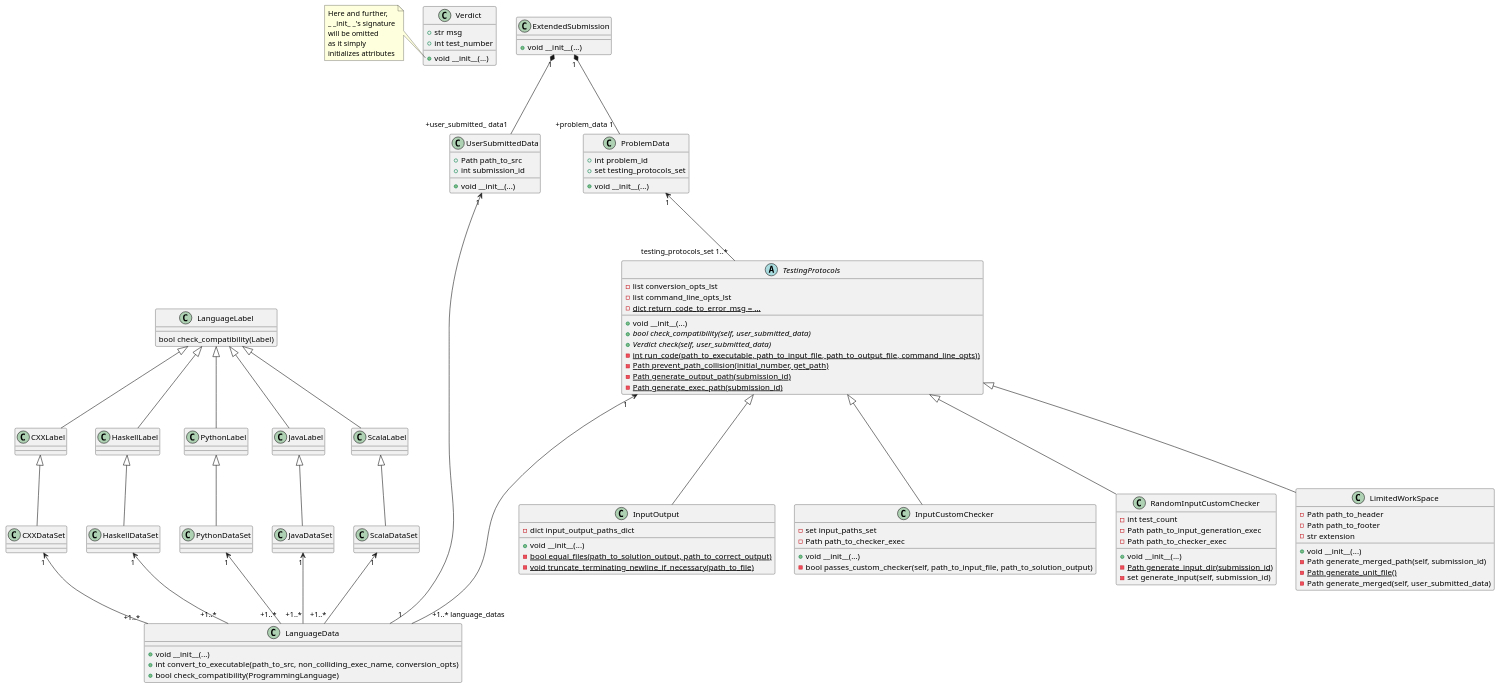
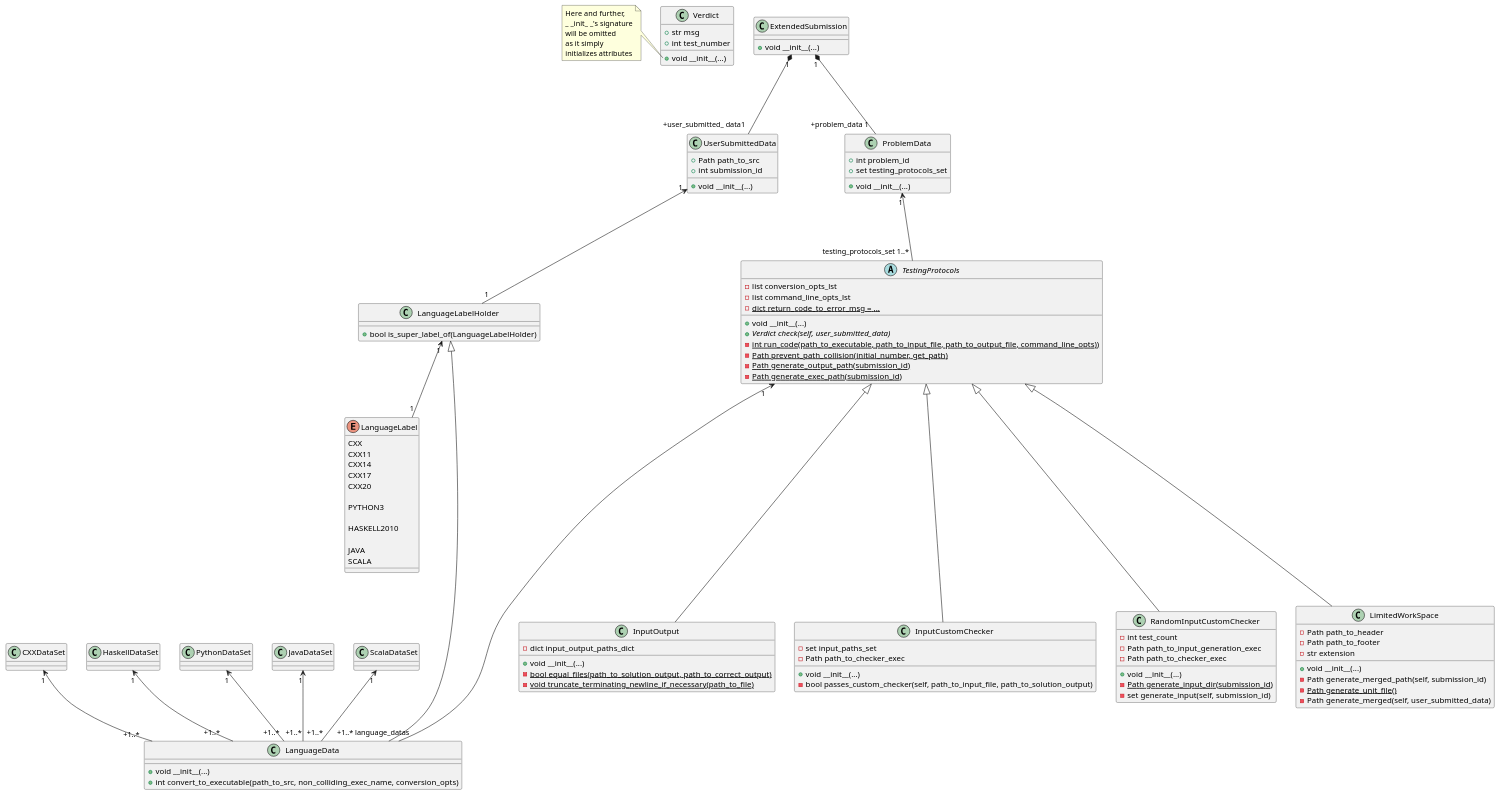
Before and after one commit to IgorZhiltsoff/TPy_project: the diagram in TestingSystem/TestingProtocols/testing_protocols_class_diagram.puml, drawn with PlantUML. The commit also changed 3 other files, not shown here.

```diff
--- a/TestingSystem/TestingProtocols/testing_protocols_class_diagram.puml
+++ b/TestingSystem/TestingProtocols/testing_protocols_class_diagram.puml
@@ -1,159 +1,165 @@
 @startuml
 'https://plantuml.com/class-diagram
+
+skinparam enumFontColour Blue
 
 ' ============================ AUX ============================
 
 class Verdict {
     +str msg
     +int test_number
 
     +void __init__(...)
 }
 note left of Verdict::__init__
 Here and further,
 _ _init_ _'s signature
 will be omitted
 as it simply
 initializes attributes
 end note
 
 
 class UserSubmittedData {
     +Path path_to_src
     +int submission_id
 
     +void __init__(...)
 }
 
+skinparam enum {
+    BackGroundColor Aqua
+}
+
+enum LanguageLabel {
+    CXX
+    CXX11
+    CXX14
+    CXX17
+    CXX20
+
+    PYTHON3
+
+    HASKELL2010
+
+    JAVA
+    SCALA
+}
+
+class LanguageLabelHolder {
+    +bool is_super_label_of(LanguageLabelHolder)
+}
+
+LanguageLabelHolder "1" <-- "1" LanguageLabel
+UserSubmittedData "1" <--- "1" LanguageLabelHolder
+
+
 
 class LanguageData {
         +void __init__(...)
         +int convert_to_executable(path_to_src, non_colliding_exec_name, conversion_opts)
-        +bool check_compatibility(ProgrammingLanguage)
 }
+LanguageLabelHolder <|---- LanguageData
 
-class CXXLabel
 class CXXDataSet
 
-CXXLabel <|-- CXXDataSet
 CXXDataSet "1" <-- "+1..*" LanguageData
 
-class HaskellLabel
 class HaskellDataSet
 
-HaskellLabel <|-- HaskellDataSet
 HaskellDataSet "1" <-- "+1..*" LanguageData
 
-class PythonLabel
 class PythonDataSet
 
-PythonLabel <|-- PythonDataSet
 PythonDataSet "1" <-- "+1..*" LanguageData
 
-class JavaLabel
 class JavaDataSet
 
-JavaLabel <|-- JavaDataSet
 JavaDataSet "1" <-- "+1..*" LanguageData
 
-class ScalaLabel
 class ScalaDataSet
 
-ScalaLabel <|-- ScalaDataSet
 ScalaDataSet "1" <-- "+1..*" LanguageData
-
-class LanguageLabel {
-    bool check_compatibility(Label)
-}
-
-
-LanguageLabel <|-- CXXLabel
-LanguageLabel <|-- HaskellLabel
-LanguageLabel <|-- PythonLabel
-LanguageLabel <|-- JavaLabel
-LanguageLabel <|-- ScalaLabel
 
 ' ========================== PROTOCOLS =========================
 
 abstract class TestingProtocols {
     -list conversion_opts_lst
     -list command_line_opts_lst
     -{static} dict return_code_to_error_msg = ...
 
     +void __init__(...)
-    +{abstract} bool check_compatibility(self, user_submitted_data)
     +{abstract} Verdict check(self, user_submitted_data)
     -{static} int run_code(path_to_executable, path_to_input_file, path_to_output_file, command_line_opts))
     -{static} Path prevent_path_collision(initial_number, get_path)
     -{static} Path generate_output_path(submission_id)
     -{static} Path generate_exec_path(submission_id)
 }
 
 TestingProtocols "1" <---- "+1..* language_datas" LanguageData
-UserSubmittedData "1" <------ "1" LanguageData
 
 class InputOutput {
     -dict input_output_paths_dict
 
     +void __init__(...)
     -{static} bool equal_files(path_to_solution_output, path_to_correct_output)
     -{static} void truncate_terminating_newline_if_necessary(path_to_file)
 }
 
 class InputCustomChecker {
     -set input_paths_set
     -Path path_to_checker_exec
 
     +void __init__(...)
     -bool passes_custom_checker(self, path_to_input_file, path_to_solution_output)
 }
 
 class RandomInputCustomChecker {
     -int test_count
     -Path path_to_input_generation_exec
     -Path path_to_checker_exec
 
 
     +void __init__(...)
     -{static} Path generate_input_dir(submission_id)
     -set generate_input(self, submission_id)
 }
 
 class LimitedWorkSpace {
     -Path path_to_header
     -Path path_to_footer
     -str extension
 
     +void __init__(...)
     -Path generate_merged_path(self, submission_id)
     -{static} Path generate_unit_file()
     -Path generate_merged(self, user_submitted_data)
 }
 
 
 TestingProtocols <|--- InputCustomChecker
 TestingProtocols <|--- RandomInputCustomChecker
 TestingProtocols <|--- LimitedWorkSpace
 TestingProtocols <|--- InputOutput
 
 
 ' ============================ AUX ============================
 
 class ProblemData {
     +int problem_id
     +set testing_protocols_set
 
     +void __init__(...)
 }
 
 ProblemData "1" <--- "testing_protocols_set 1..*" TestingProtocols
 
 
 class ExtendedSubmission {
     +void __init__(...)
 }
 
 ExtendedSubmission "1" *--- "+problem_data 1" ProblemData
 ExtendedSubmission "1" *--- "+user_submitted_ data1" UserSubmittedData
 
 @enduml
```
